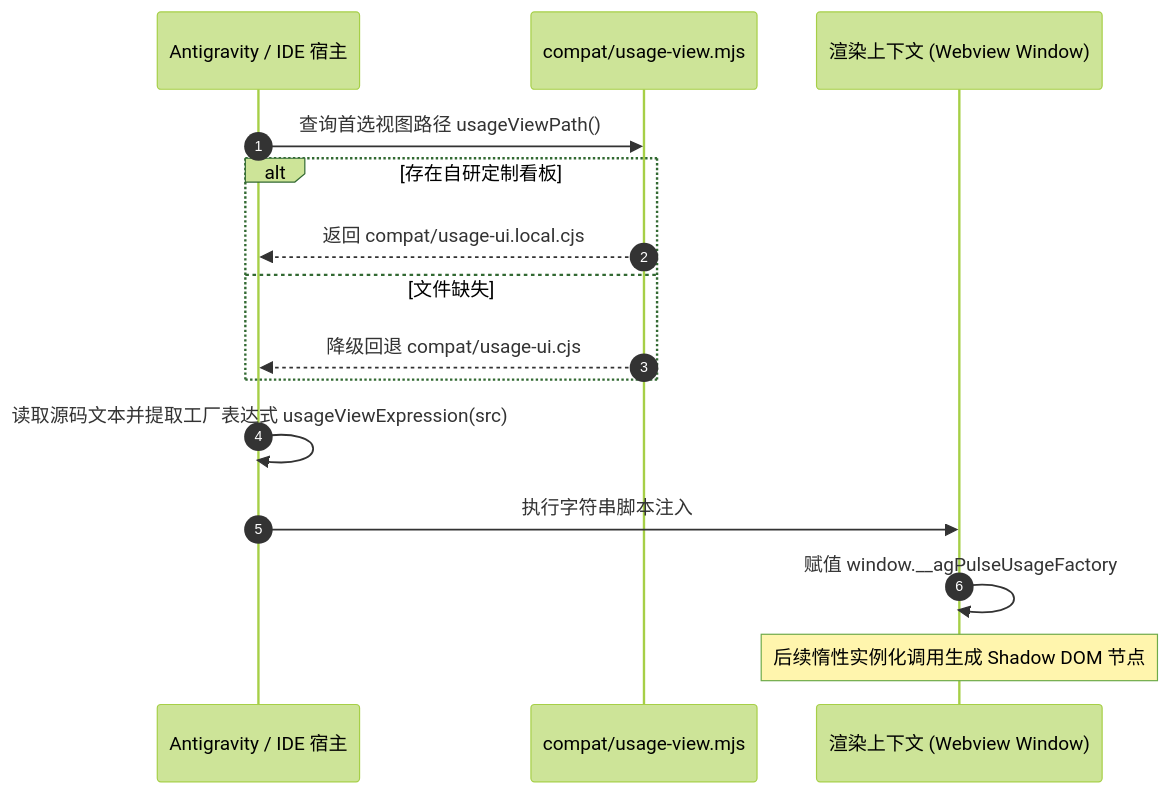
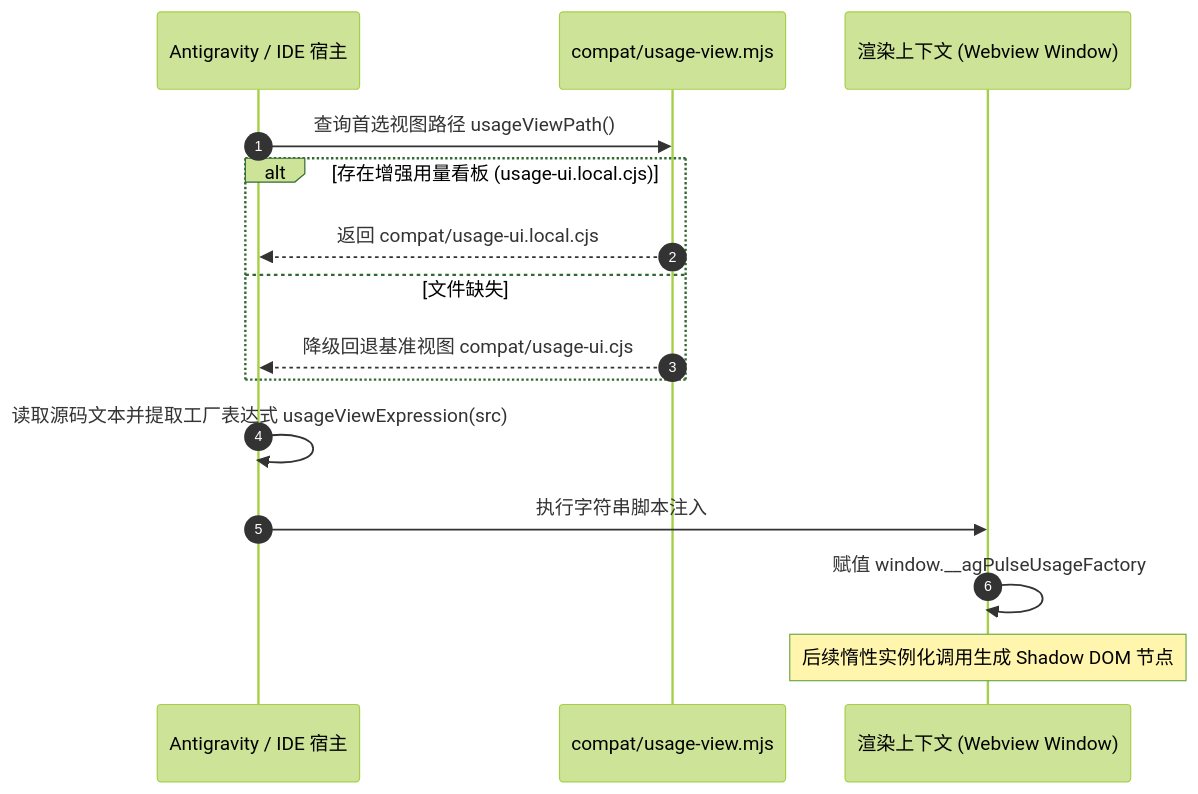
One commit to moumouye/antigrative-dashboard changed the second of 3 diagrams in docs/contracts.md. Above: the diagram before and after it, drawn with Mermaid (forest theme). The commit also changed other lines of this file and 8 other files, not shown here.

````diff
--- a/docs/contracts.md
+++ b/docs/contracts.md
@@ -32,18 +32,18 @@
 ```mermaid
 sequenceDiagram
     autonumber
     participant Host as Antigravity / IDE 宿主
     participant Resolver as compat/usage-view.mjs
     participant Webview as 渲染上下文 (Webview Window)
 
     Host->>Resolver: 查询首选视图路径 usageViewPath()
-    alt 存在自研定制看板
+    alt 存在增强用量看板 (usage-ui.local.cjs)
         Resolver-->>Host: 返回 compat/usage-ui.local.cjs
     else 文件缺失
-        Resolver-->>Host: 降级回退 compat/usage-ui.cjs
+        Resolver-->>Host: 降级回退基准视图 compat/usage-ui.cjs
     end
     Host->>Host: 读取源码文本并提取工厂表达式 usageViewExpression(src)
     Host->>Webview: 执行字符串脚本注入
     Webview->>Webview: 赋值 window.__agPulseUsageFactory
     Note over Webview: 后续惰性实例化调用生成 Shadow DOM 节点
 ```
````
